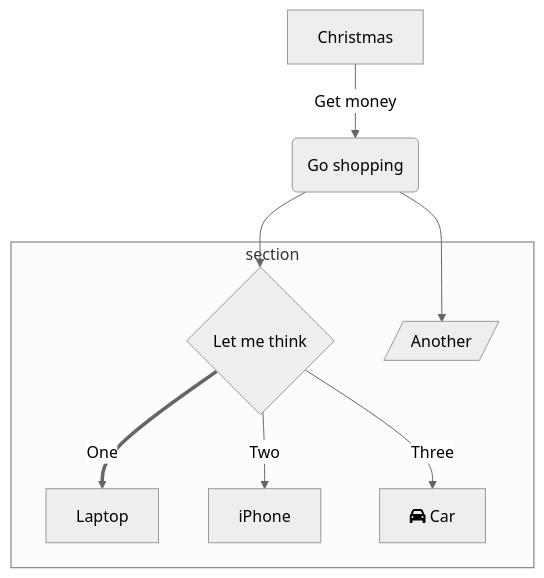
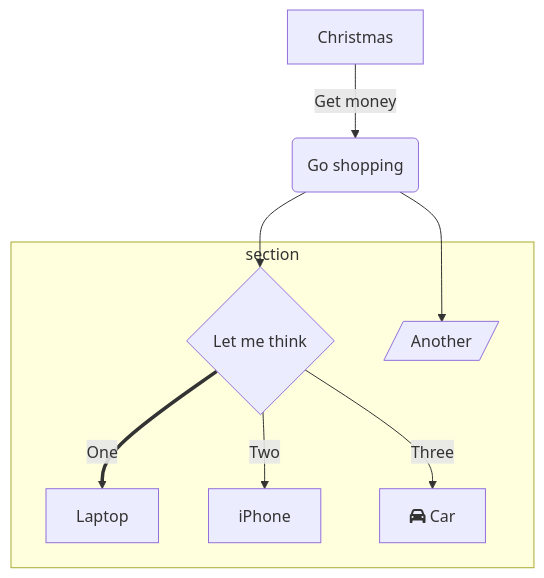
The first of 9 diagrams in taon.top/content/post/markdonw.md (taontech/www), drawn with Mermaid before and after one commit. The commit also changed other lines of this file, not shown here.

````diff
--- a/taon.top/content/post/markdonw.md
+++ b/taon.top/content/post/markdonw.md
@@ -28,17 +28,16 @@
-{{< mermaid >}}
-%%{init: {'theme': 'neutral'}}%%
+```mermaid
         graph TD
           A[Christmas] -->|Get money| B(Go shopping)
           B --> C{Let me think}
           B --> G[/Another/]
           C ==>|One| D[Laptop]
           C -->|Two| E[iPhone]
           C -->|Three| F[fa:fa-car Car]
           subgraph section
             C
             D
             E
             F
             G
           end
-{{< /mermaid >}}
+```
````
